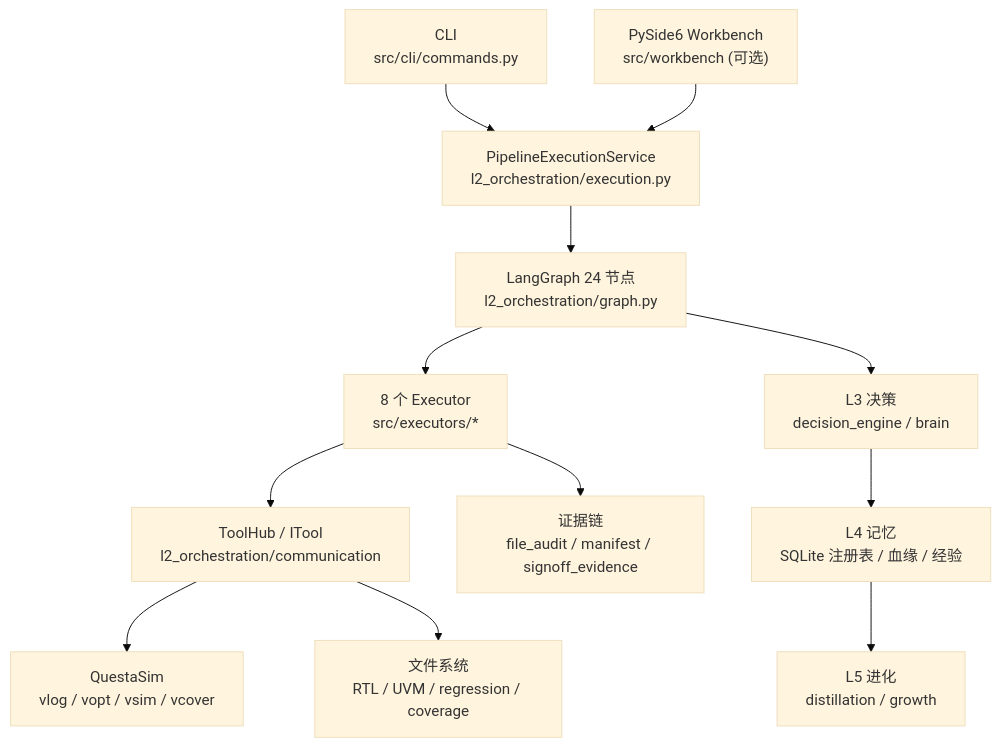
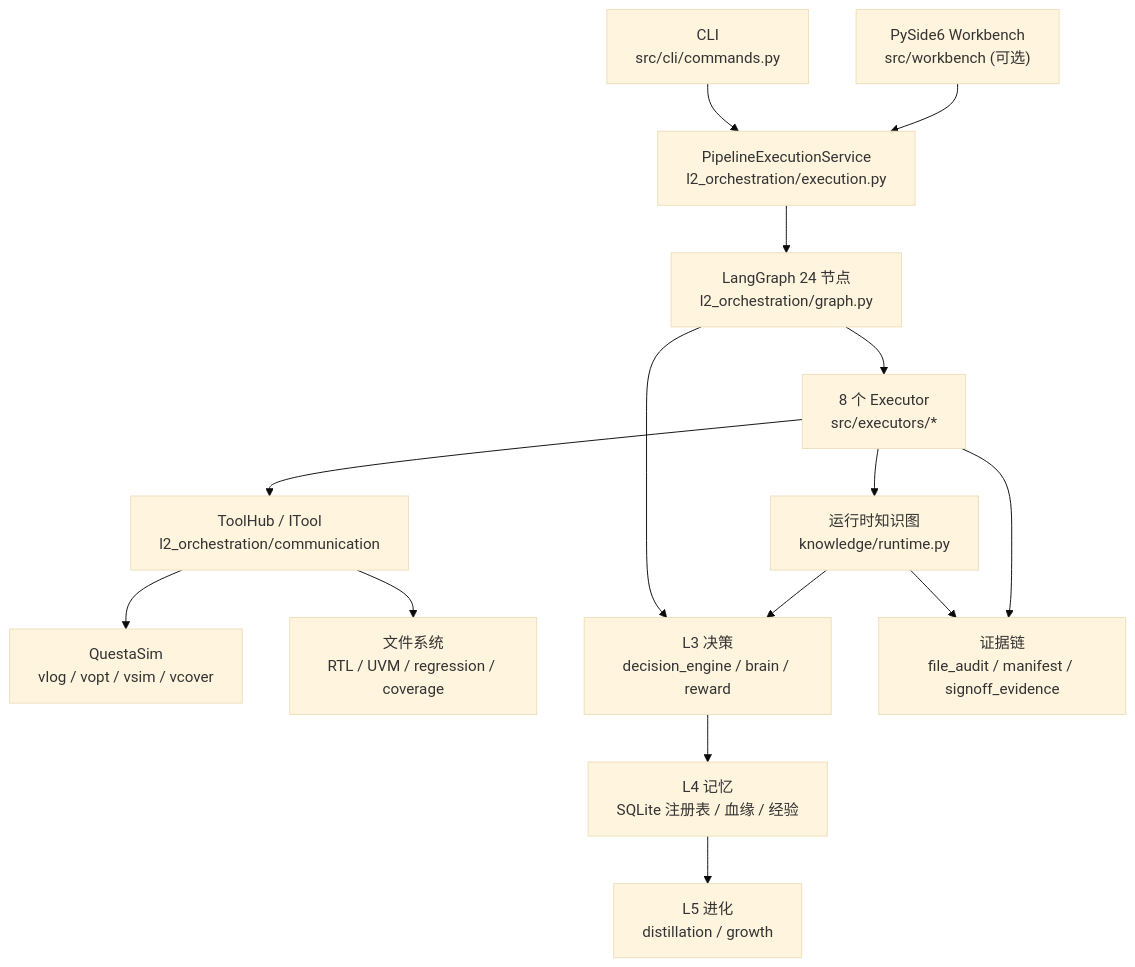
The diagram in ARCHITECTURE.md (jiangqingliu88/langchaingraph_cdv), drawn with Mermaid (base theme) before and after one commit. The commit also changed other lines of this file, not shown here.

First line of the commit message:
docs(architecture): 对齐运行时知识图、奖励与节点实际分组

````diff
--- a/ARCHITECTURE.md
+++ b/ARCHITECTURE.md
@@ -40,15 +40,18 @@
 ```mermaid
 flowchart TB
     CLI["CLI<br/>src/cli/commands.py"] --> SVC["PipelineExecutionService<br/>l2_orchestration/execution.py"]
     GUI["PySide6 Workbench<br/>src/workbench (可选)"] --> SVC
 
     SVC --> GRAPH["LangGraph 24 节点<br/>l2_orchestration/graph.py"]
     GRAPH --> EXEC["8 个 Executor<br/>src/executors/*"]
     EXEC --> TOOLS["ToolHub / ITool<br/>l2_orchestration/communication"]
     TOOLS --> EDA["QuestaSim<br/>vlog / vopt / vsim / vcover"]
     TOOLS --> FS["文件系统<br/>RTL / UVM / regression / coverage"]
-    GRAPH --> DEC["L3 决策<br/>decision_engine / brain"]
+    GRAPH --> DEC["L3 决策<br/>decision_engine / brain / reward"]
+    EXEC --> KG["运行时知识图<br/>knowledge/runtime.py"]
+    KG --> DEC
+    KG --> EVID
     DEC --> MEM["L4 记忆<br/>SQLite 注册表 / 血缘 / 经验"]
     MEM --> EVO["L5 进化<br/>distillation / growth"]
     EXEC --> EVID["证据链<br/>file_audit / manifest / signoff_evidence"]
 ```
````
